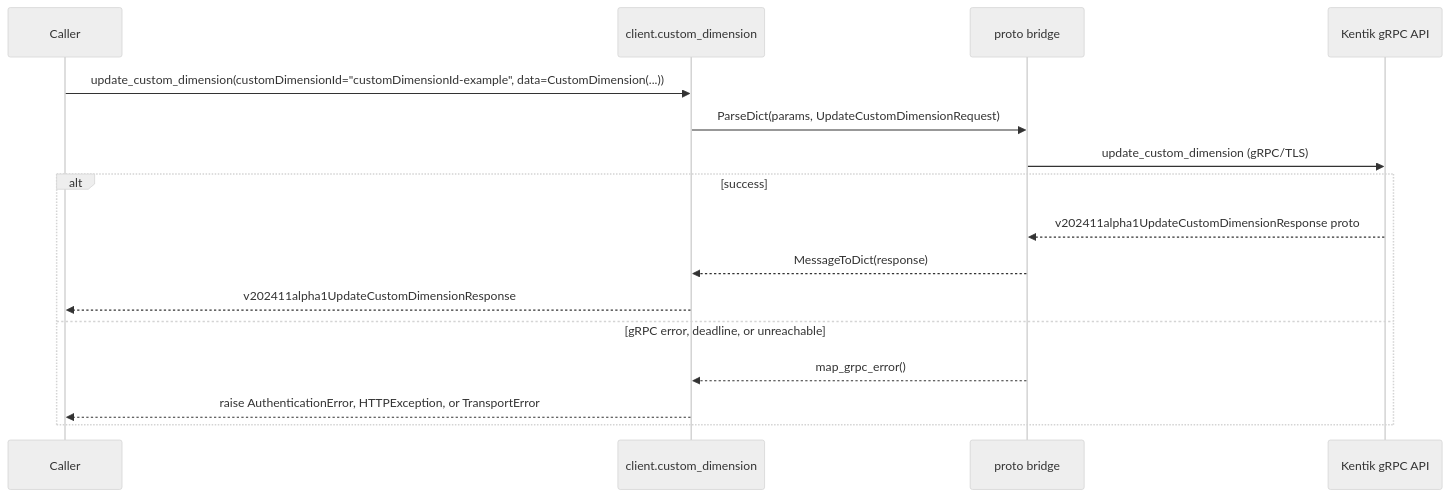
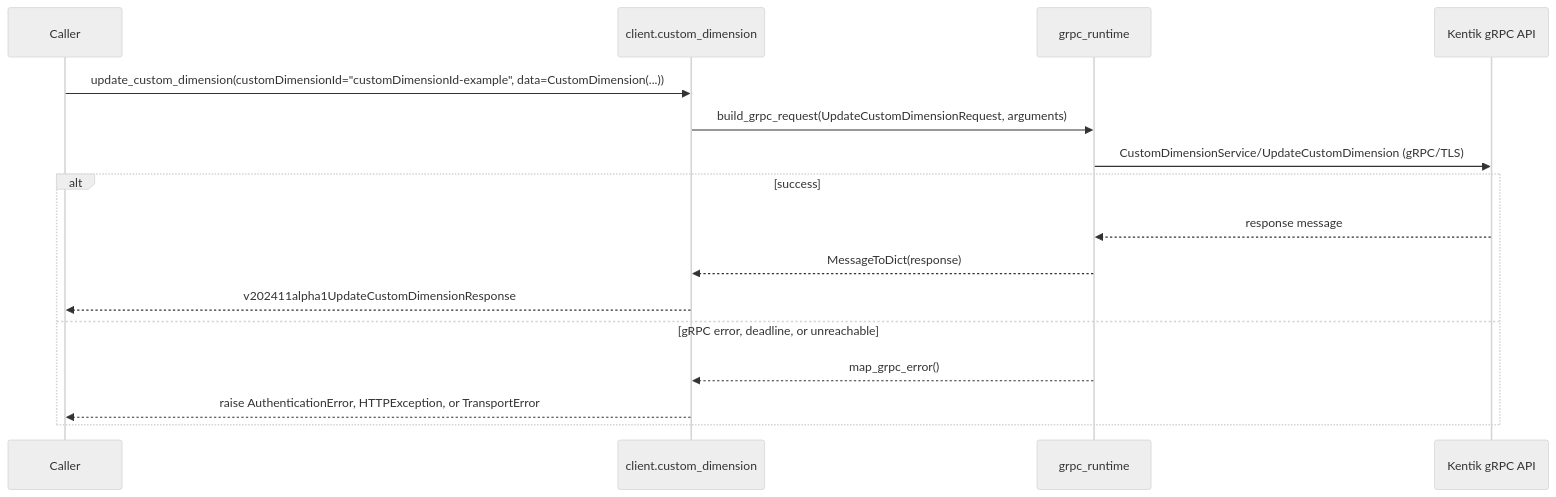
Before and after one commit to alexdearaujo/community_sdk_python: the seventh of 22 diagrams in docs/sphinx/services/custom_dimension.md, drawn with Mermaid (neutral theme). The commit also changed other lines of this file and 37 other files, not shown here.

First line of the commit message:
docs: show the real RPC in each service page's gRPC diagram

````diff
--- a/docs/sphinx/services/custom_dimension.md
+++ b/docs/sphinx/services/custom_dimension.md
@@ -203,19 +203,19 @@
 ```mermaid
 sequenceDiagram
     participant C as Caller
     participant W as client.custom_dimension
-    participant B as proto bridge
+    participant R as grpc_runtime
     participant API as Kentik gRPC API
 
     C->>W: update_custom_dimension(customDimensionId="customDimensionId-example", data=CustomDimension(...))
-    W->>B: ParseDict(params, UpdateCustomDimensionRequest)
-    B->>API: update_custom_dimension (gRPC/TLS)
+    W->>R: build_grpc_request(UpdateCustomDimensionRequest, arguments)
+    R->>API: CustomDimensionService/UpdateCustomDimension (gRPC/TLS)
     alt success
-        API-->>B: v202411alpha1UpdateCustomDimensionResponse proto
-        B-->>W: MessageToDict(response)
+        API-->>R: response message
+        R-->>W: MessageToDict(response)
         W-->>C: v202411alpha1UpdateCustomDimensionResponse
     else gRPC error, deadline, or unreachable
-        B-->>W: map_grpc_error()
+        R-->>W: map_grpc_error()
         W-->>C: raise AuthenticationError, HTTPException, or TransportError
     end
 ```
````
